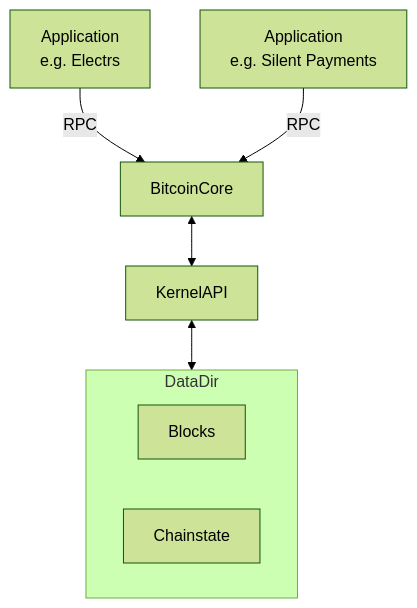
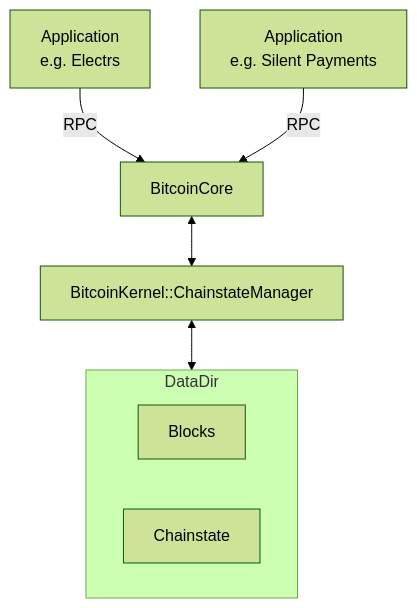
One commit to alexanderwiederin/bitcoinkernel-blockreader changed the first of 2 diagrams in README.md. Above: the diagram before and after it, drawn with Mermaid (forest theme). The commit also changed other lines of this file, not shown here.

````diff
--- a/README.md
+++ b/README.md
@@ -55,17 +39,17 @@
 ```mermaid
 graph TB
     AP1[Application<br/>e.g. Electrs]
     AP2[Application<br/>e.g. Silent Payments]
     BC[BitcoinCore]
-    K1[KernelAPI]
-    
+    K1[BitcoinKernel::ChainstateManager]
+
     AP1 -->|RPC| BC
     AP2 -->|RPC| BC
     BC <--> K1
     K1 <--> DD
-    
+
     subgraph DD [DataDir]
         BI[Blocks]
         CS[Chainstate]
     end
 ```
````
